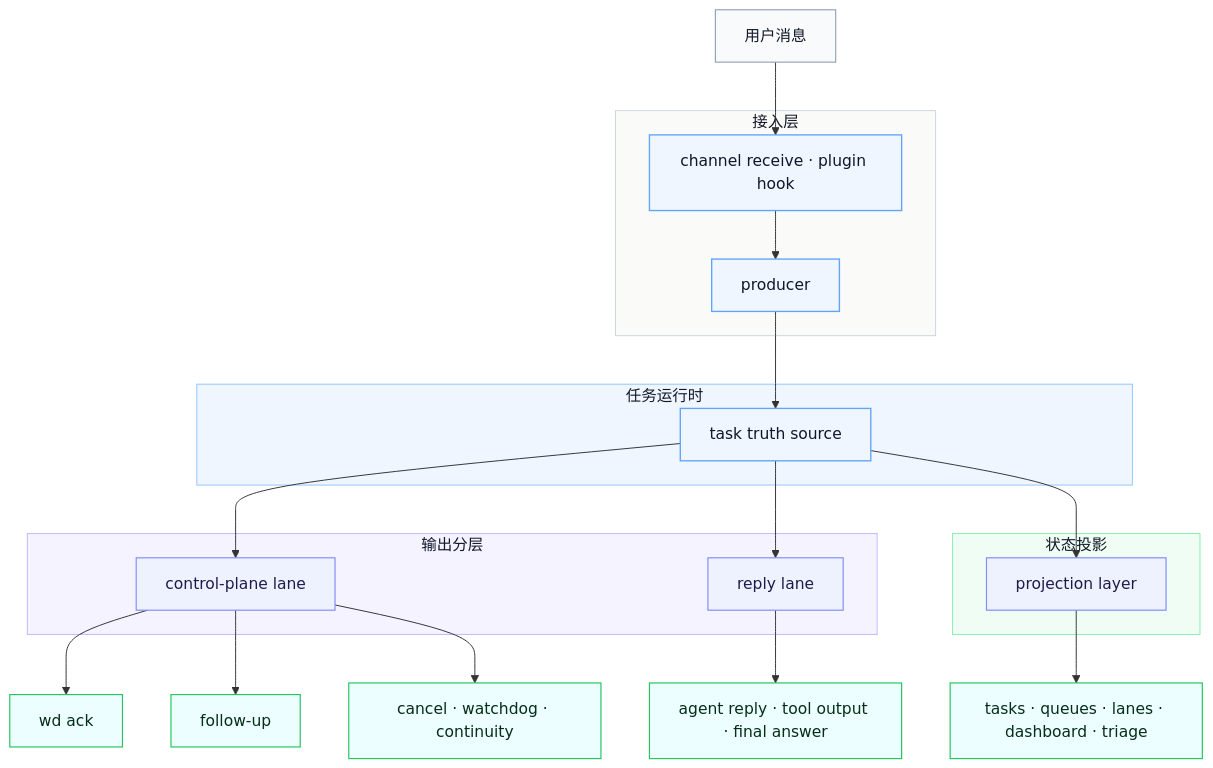
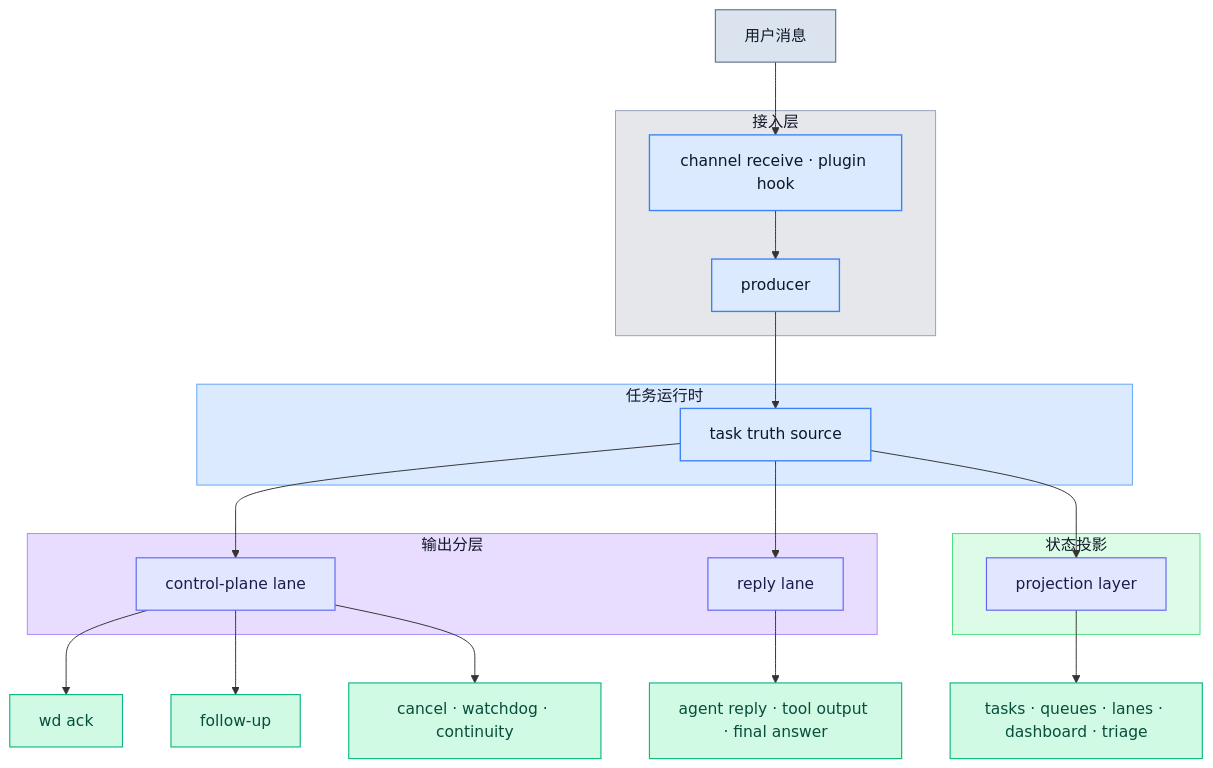
One commit to redcreen/openclaw-task-system changed the first of 2 diagrams in docs/architecture.md. Above: the diagram before and after it, drawn with Mermaid. The commit also changed other lines of this file, not shown here.

Commit message:
Darken architecture diagram backgrounds

````diff
--- a/docs/architecture.md
+++ b/docs/architecture.md
@@ -23,47 +23,47 @@
 ```mermaid
 flowchart TD
-    classDef source fill:#f8fafc,stroke:#94a3b8,color:#111827,stroke-width:1.2px;
-    classDef core fill:#eff6ff,stroke:#60a5fa,color:#0f172a,stroke-width:1.4px;
-    classDef lane fill:#eef2ff,stroke:#818cf8,color:#1e1b4b,stroke-width:1.2px;
-    classDef output fill:#ecfeff,stroke:#22c55e,color:#052e16,stroke-width:1.2px;
-    style intake fill:#fafaf9,stroke:#cbd5e1,stroke-width:1px,color:#111827
-    style runtime fill:#eff6ff,stroke:#93c5fd,stroke-width:1px,color:#111827
-    style lanes fill:#f5f3ff,stroke:#c4b5fd,stroke-width:1px,color:#111827
-    style projection fill:#f0fdf4,stroke:#86efac,stroke-width:1px,color:#111827
+    classDef source fill:#dbe4ee,stroke:#64748b,color:#0f172a,stroke-width:1.2px;
+    classDef core fill:#dbeafe,stroke:#3b82f6,color:#0f172a,stroke-width:1.4px;
+    classDef lane fill:#e0e7ff,stroke:#6366f1,color:#1e1b4b,stroke-width:1.2px;
+    classDef output fill:#d1fae5,stroke:#10b981,color:#064e3b,stroke-width:1.2px;
+    style intake fill:#e5e7eb,stroke:#94a3b8,stroke-width:1px,color:#111827
+    style runtime fill:#dbeafe,stroke:#60a5fa,stroke-width:1px,color:#111827
+    style lanes fill:#e9ddff,stroke:#a78bfa,stroke-width:1px,color:#111827
+    style projection fill:#dcfce7,stroke:#4ade80,stroke-width:1px,color:#111827
 
     U["用户消息"]
 
     subgraph intake["接入层"]
         R["channel receive · plugin hook"]
         P["producer"]
     end
 
     subgraph runtime["任务运行时"]
         T["task truth source"]
     end
 
     subgraph lanes["输出分层"]
         C["control-plane lane"]
         A["reply lane"]
     end
 
     subgraph projection["状态投影"]
         V["projection layer"]
     end
 
     U --> R --> P --> T
     T --> C
     T --> A
     T --> V
 
     C --> C1["wd ack"]
     C --> C2["follow-up"]
     C --> C3["cancel · watchdog · continuity"]
     A --> A1["agent reply · tool output · final answer"]
     V --> V1["tasks · queues · lanes · dashboard · triage"]
 
     class U source
     class R,P,T core
     class C,A,V lane
     class C1,C2,C3,A1,V1 output
 ```
````
